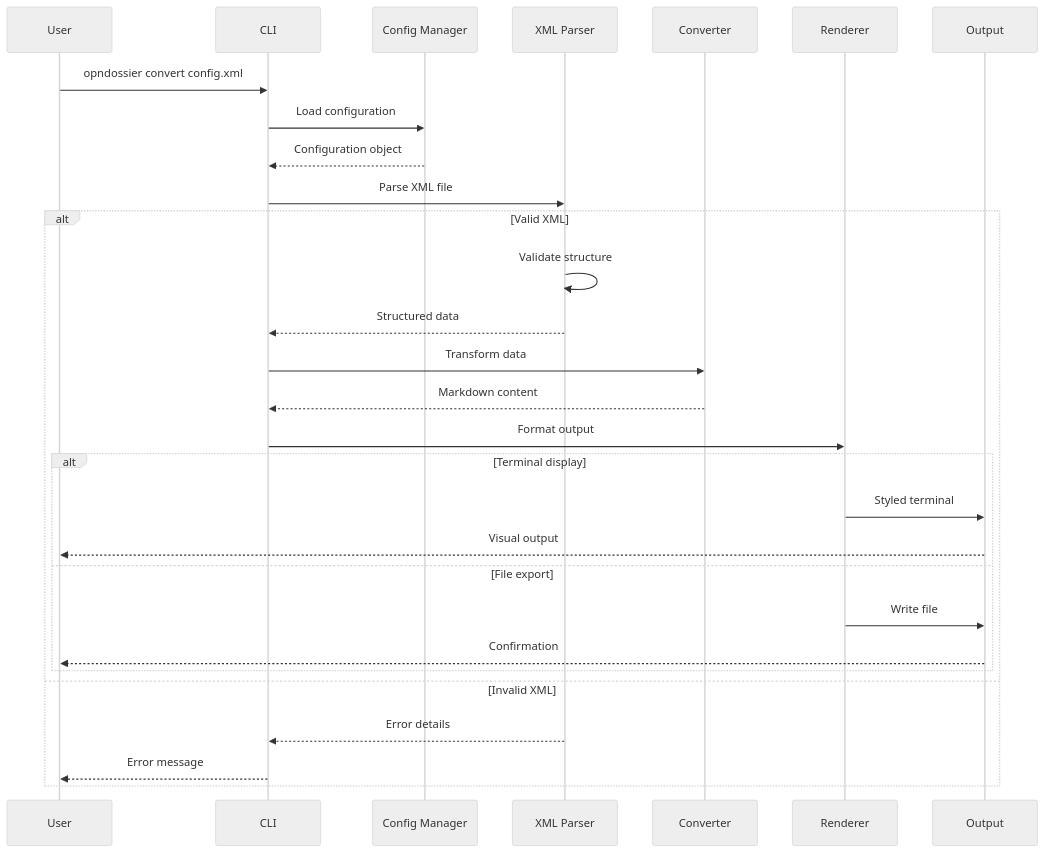
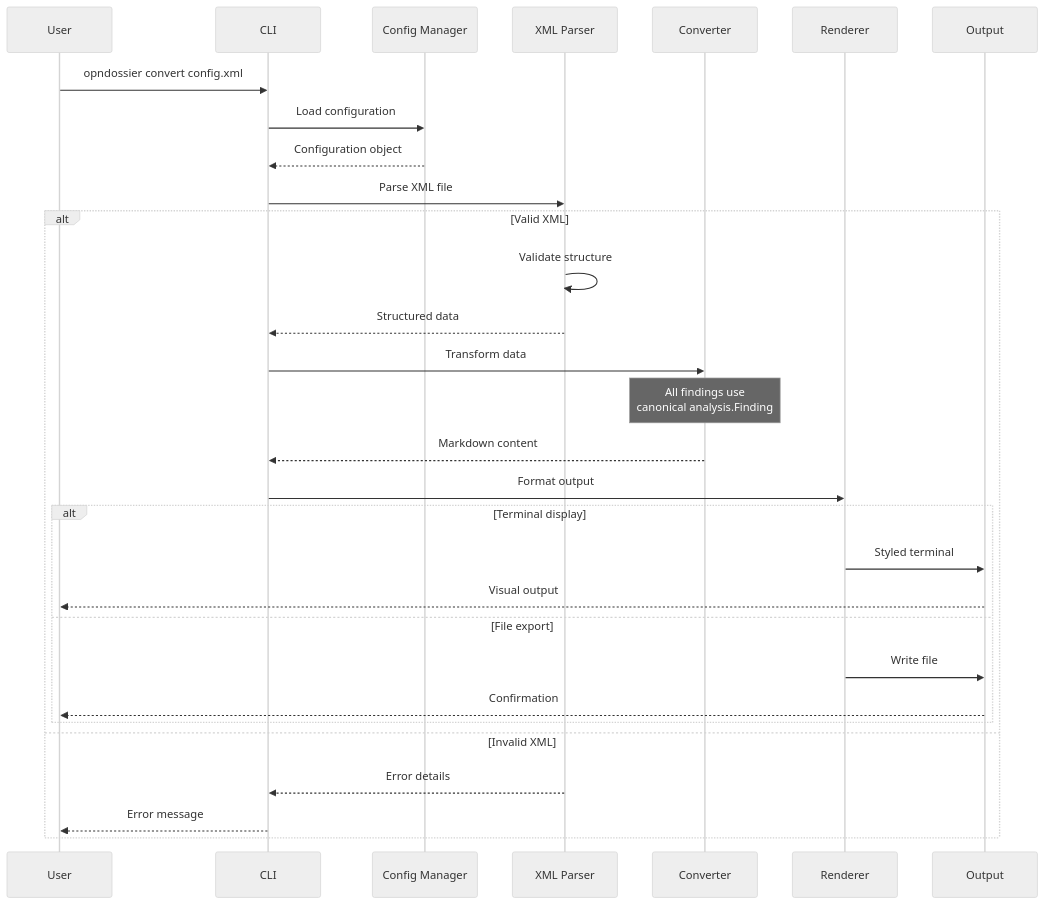
The third of 11 diagrams in docs/development/architecture.md (EvilBit-Labs/opnDossier), drawn with Mermaid (neutral theme) before and after one commit. The commit also changed other lines of this file and 2 other files, not shown here.

Commit message:
docs: add plugin development guide and update API/architecture docs

````diff
--- a/docs/development/architecture.md
+++ b/docs/development/architecture.md
@@ -185,34 +195,35 @@
 ```mermaid
 sequenceDiagram
     participant User
     participant CLI
     participant ConfigMgr as Config Manager
     participant Parser as XML Parser
     participant Converter
     participant Renderer
     participant Output
 
     User->>CLI: opndossier convert config.xml
     CLI->>ConfigMgr: Load configuration
     ConfigMgr-->>CLI: Configuration object
     CLI->>Parser: Parse XML file
 
     alt Valid XML
         Parser->>Parser: Validate structure
         Parser-->>CLI: Structured data
         CLI->>Converter: Transform data
+        Note over Converter: All findings use<br/>canonical analysis.Finding
         Converter-->>CLI: Markdown content
         CLI->>Renderer: Format output
 
         alt Terminal display
             Renderer->>Output: Styled terminal
             Output-->>User: Visual output
         else File export
             Renderer->>Output: Write file
             Output-->>User: Confirmation
         end
     else Invalid XML
         Parser-->>CLI: Error details
         CLI-->>User: Error message
     end
 ```
````
